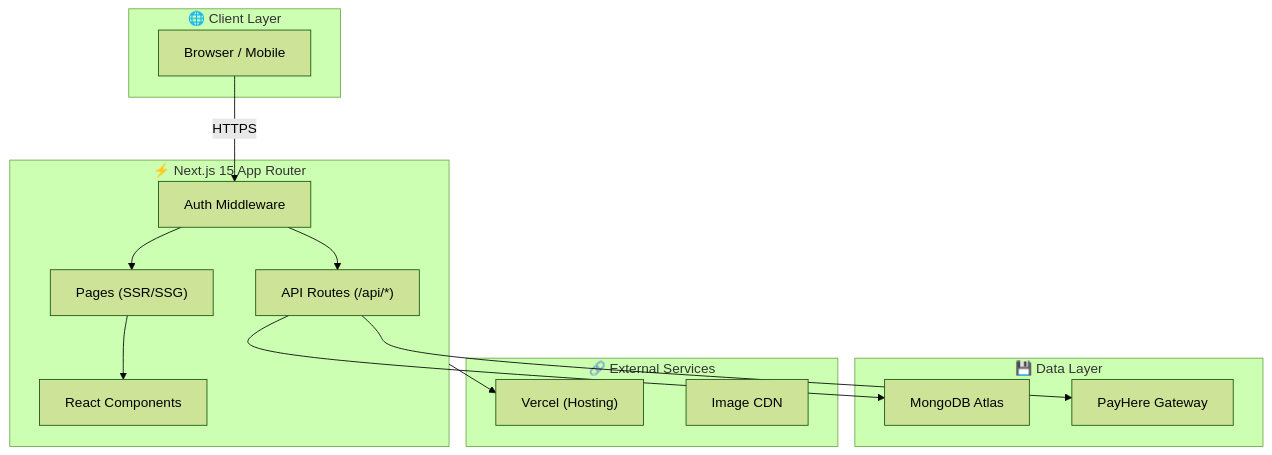
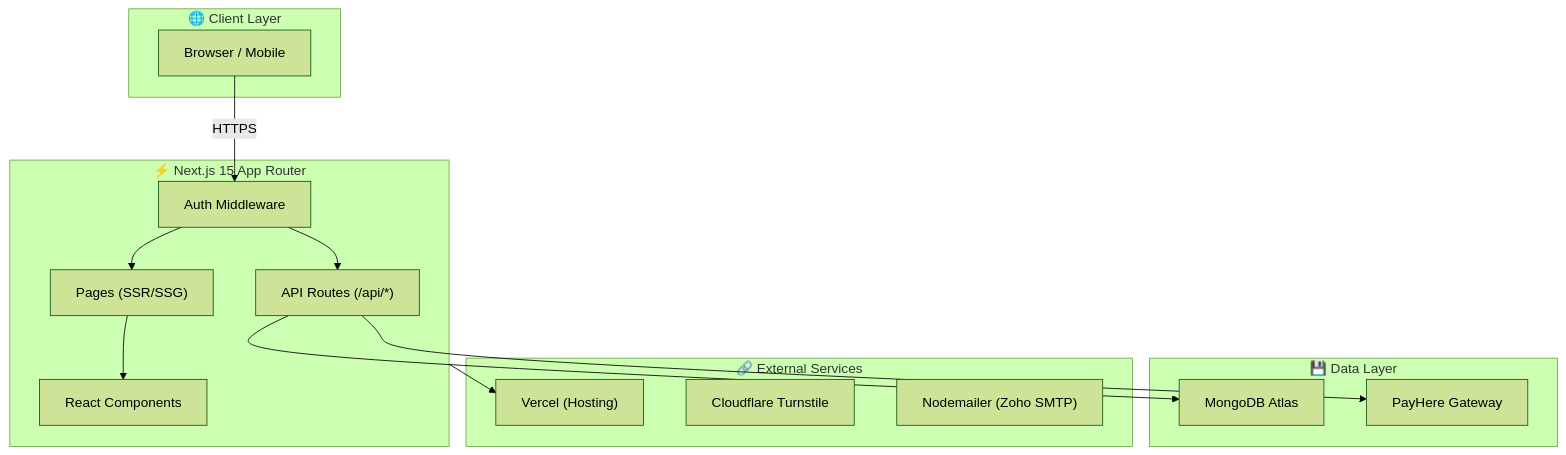
The first of 4 diagrams in docs/ARCHITECTURE.md (sahansbandara/Yatara-Ceylon), drawn with Mermaid (forest theme) before and after one commit. The commit also changed other lines of this file and 5 other files, not shown here.

````diff
--- a/docs/ARCHITECTURE.md
+++ b/docs/ARCHITECTURE.md
@@ -11,31 +11,32 @@
 ```mermaid
 graph TB
     subgraph Client["🌐 Client Layer"]
         Browser["Browser / Mobile"]
     end
 
     subgraph NextJS["⚡ Next.js 15 App Router"]
         Pages["Pages (SSR/SSG)"]
         API["API Routes (/api/*)"]
         Middleware["Auth Middleware"]
         Components["React Components"]
     end
 
     subgraph Data["💾 Data Layer"]
         MongoDB["MongoDB Atlas"]
         PayHere["PayHere Gateway"]
     end
 
     subgraph External["🔗 External Services"]
         Vercel["Vercel (Hosting)"]
-        Cloudinary["Image CDN"]
+        Turnstile["Cloudflare Turnstile"]
+        SMTP["Nodemailer (Zoho SMTP)"]
     end
 
     Browser --> |HTTPS| Middleware
     Middleware --> Pages
     Middleware --> API
     Pages --> Components
     API --> MongoDB
     API --> PayHere
     NextJS --> Vercel
 ```
````
